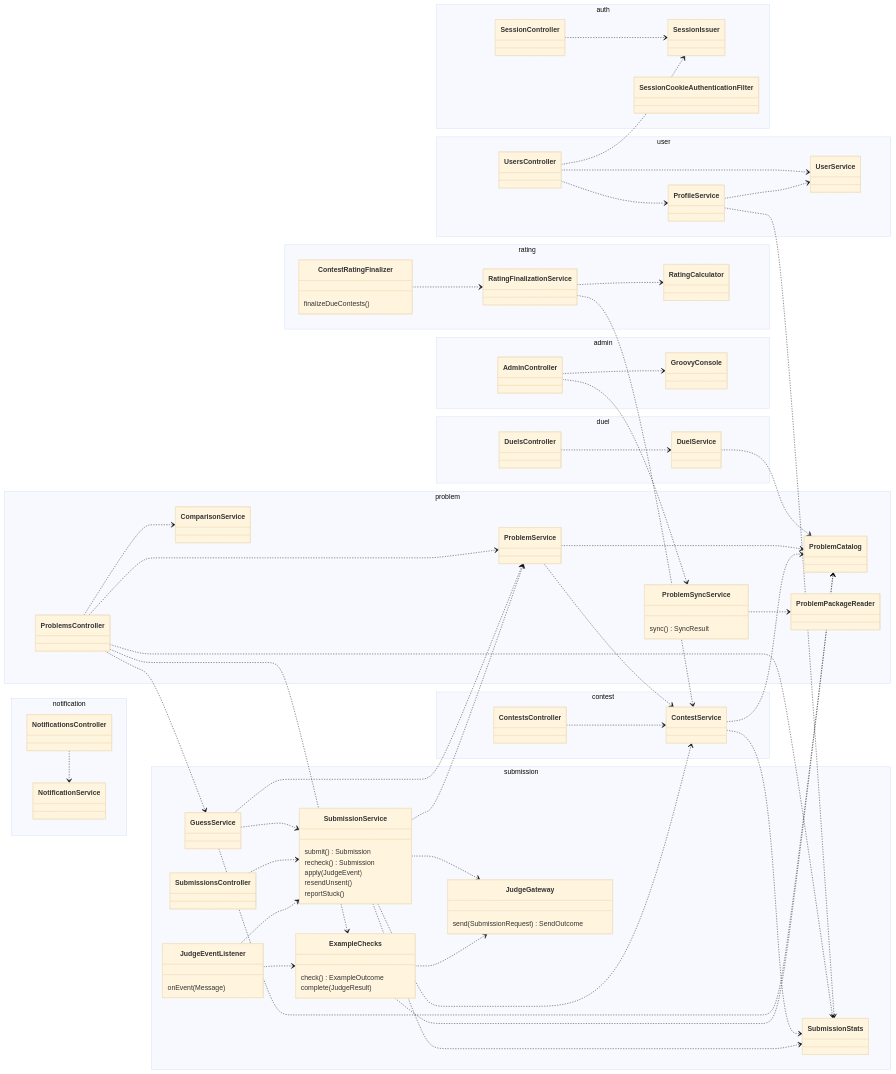
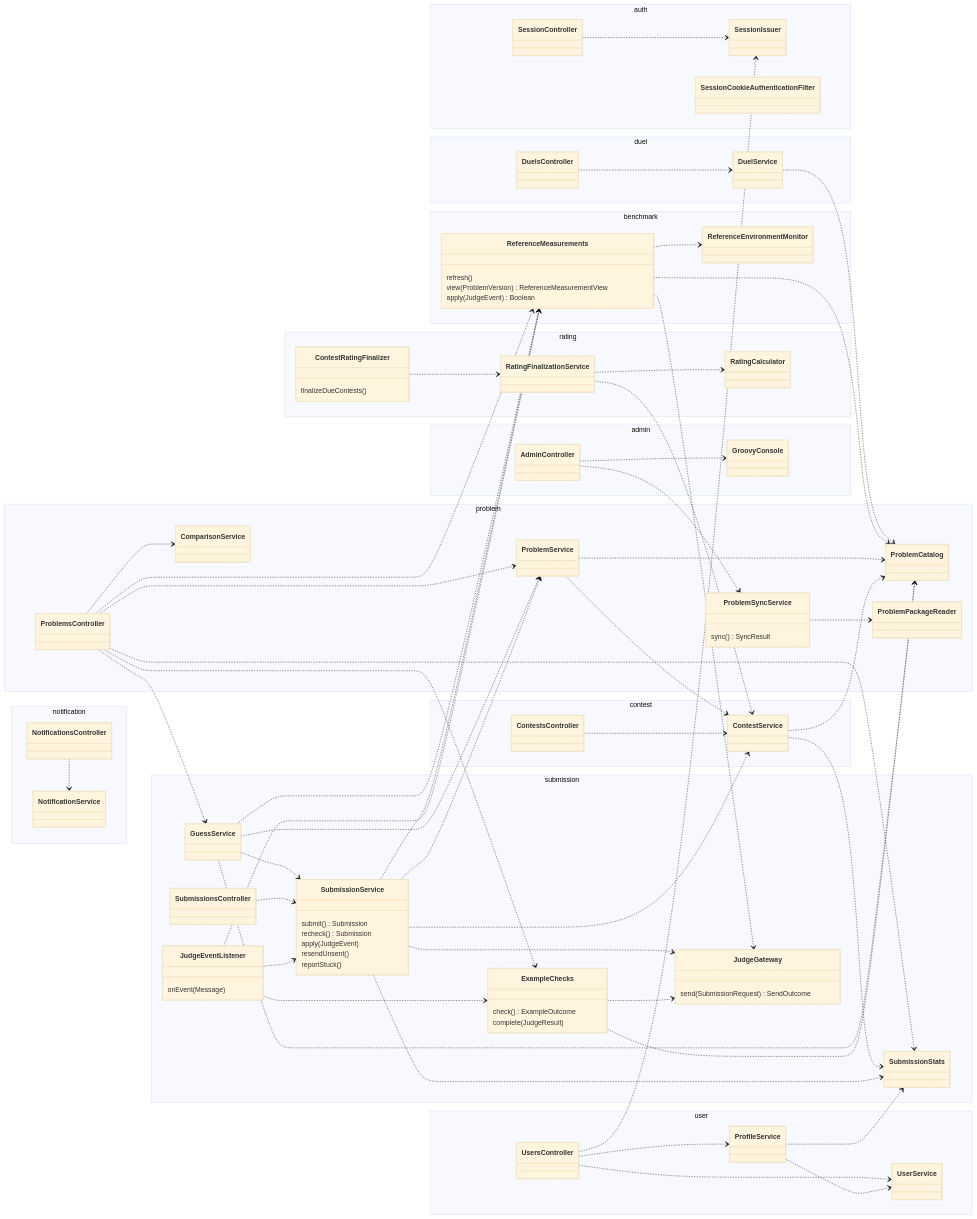
Before and after one commit to lottery7/GpuCodeforces: the eighth of 9 diagrams in docs/architecture.md, drawn with Mermaid (base theme). The commit also changed other lines of this file and 51 other files, not shown here.

```diff
--- a/docs/architecture.md
+++ b/docs/architecture.md
@@ -318,6 +357,14 @@
       onEvent(Message)
     }
   }
+  namespace benchmark {
+    class ReferenceMeasurements {
+      refresh()
+      view(ProblemVersion) ReferenceMeasurementView
+      apply(JudgeEvent) Boolean
+    }
+    class ReferenceEnvironmentMonitor
+  }
   namespace rating {
     class ContestRatingFinalizer {
       finalizeDueContests()
@@ -343,6 +390,11 @@
   ProblemsController ..> ExampleChecks
   ProblemsController ..> GuessService
   ProblemsController ..> ComparisonService
+  ProblemsController ..> ReferenceMeasurements
+  GuessService ..> ReferenceMeasurements
+  ReferenceMeasurements ..> ReferenceEnvironmentMonitor
+  ReferenceMeasurements ..> JudgeGateway
+  ReferenceMeasurements ..> ProblemCatalog
   GuessService ..> ProblemService
   GuessService ..> ProblemCatalog
   GuessService ..> SubmissionService
@@ -357,6 +409,8 @@
   SubmissionService ..> ContestService
   SubmissionService ..> SubmissionStats
   SubmissionService ..> JudgeGateway
+  SubmissionService ..> ReferenceMeasurements
+  JudgeEventListener ..> ReferenceMeasurements
   ExampleChecks ..> ProblemCatalog
   ExampleChecks ..> JudgeGateway
   JudgeEventListener ..> SubmissionService
```
